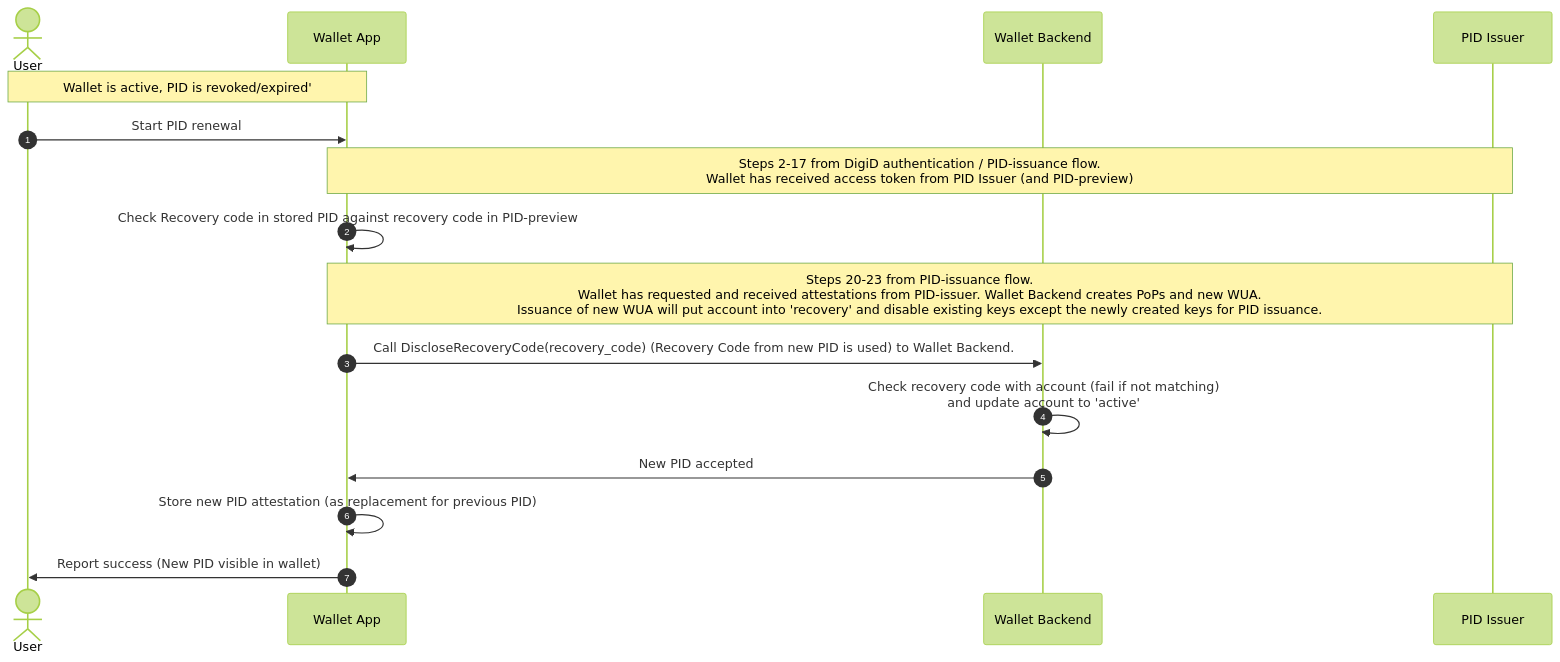
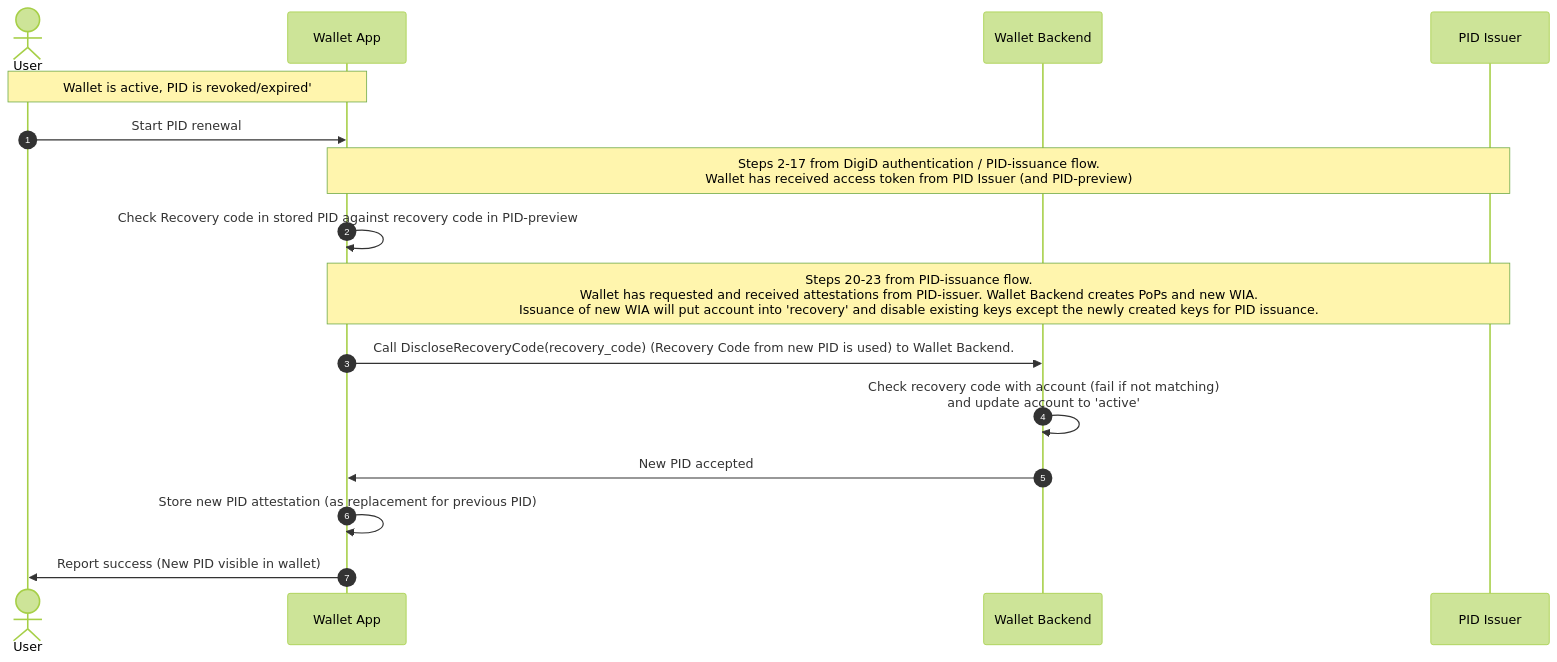
One commit to MinBZK/nl-wallet changed the third of 3 diagrams in wallet_docs/architecture/use-cases/recovery_usecases.md. Above: the diagram before and after it, drawn with Mermaid (forest theme). The commit also changed other lines of this file and 52 other files, not shown here.

First line of the commit message:
Rename WUA to WIA in source code and documentation

````diff
--- a/wallet_docs/architecture/use-cases/recovery_usecases.md
+++ b/wallet_docs/architecture/use-cases/recovery_usecases.md
@@ -175,19 +175,19 @@
 ```{mermaid}
 sequenceDiagram
     autonumber
     actor User as User
     participant Wallet as Wallet App
     participant WP as Wallet Backend
     participant PID as PID Issuer
     
     note over User, Wallet: Wallet is active, PID is revoked/expired' 
     User ->> Wallet : Start PID renewal
     note over Wallet, PID:Steps 2-17 from DigiD authentication / PID-issuance flow. <br/> Wallet has received access token from PID Issuer (and PID-preview)
     Wallet ->> Wallet: Check Recovery code in stored PID against recovery code in PID-preview    
-    note over Wallet, PID: Steps 20-23 from PID-issuance flow. <br/> Wallet has requested and received attestations from PID-issuer. Wallet Backend creates PoPs and new WUA. <br/>Issuance of new WUA will put account into 'recovery' and disable existing keys except the newly created keys for PID issuance.
+    note over Wallet, PID: Steps 20-23 from PID-issuance flow. <br/> Wallet has requested and received attestations from PID-issuer. Wallet Backend creates PoPs and new WIA. <br/>Issuance of new WIA will put account into 'recovery' and disable existing keys except the newly created keys for PID issuance.
     Wallet ->> WP: Call DiscloseRecoveryCode(recovery_code) (Recovery Code from new PID is used) to Wallet Backend.
     WP ->> WP: Check recovery code with account (fail if not matching) <br/> and update account to 'active'
     WP ->> Wallet: New PID accepted
     Wallet ->> Wallet: Store new PID attestation (as replacement for previous PID)
     Wallet ->> User: Report success (New PID visible in wallet)
 ```
````
